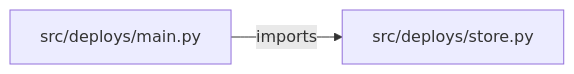
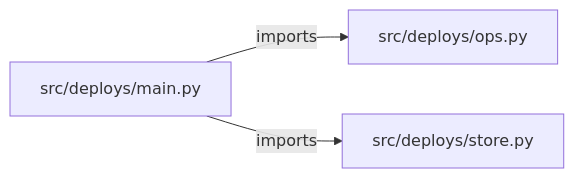
The diagram in PROJECT_ARCHITECTURE.md (iarsingh/fullstack-deployment-manager), drawn with Mermaid before and after one commit. The commit also changed other lines of this file and 2 other files, not shown here.

Commit message:
Refresh architecture and interview guides from current implementation

````diff
--- a/PROJECT_ARCHITECTURE.md
+++ b/PROJECT_ARCHITECTURE.md
@@ -13,6 +13,8 @@
 ```mermaid
 flowchart LR
     M0["src/deploys/main.py"]
-    M1["src/deploys/store.py"]
+    M1["src/deploys/ops.py"]
+    M2["src/deploys/store.py"]
     M0 -->|imports| M1
+    M0 -->|imports| M2
 ```
````
